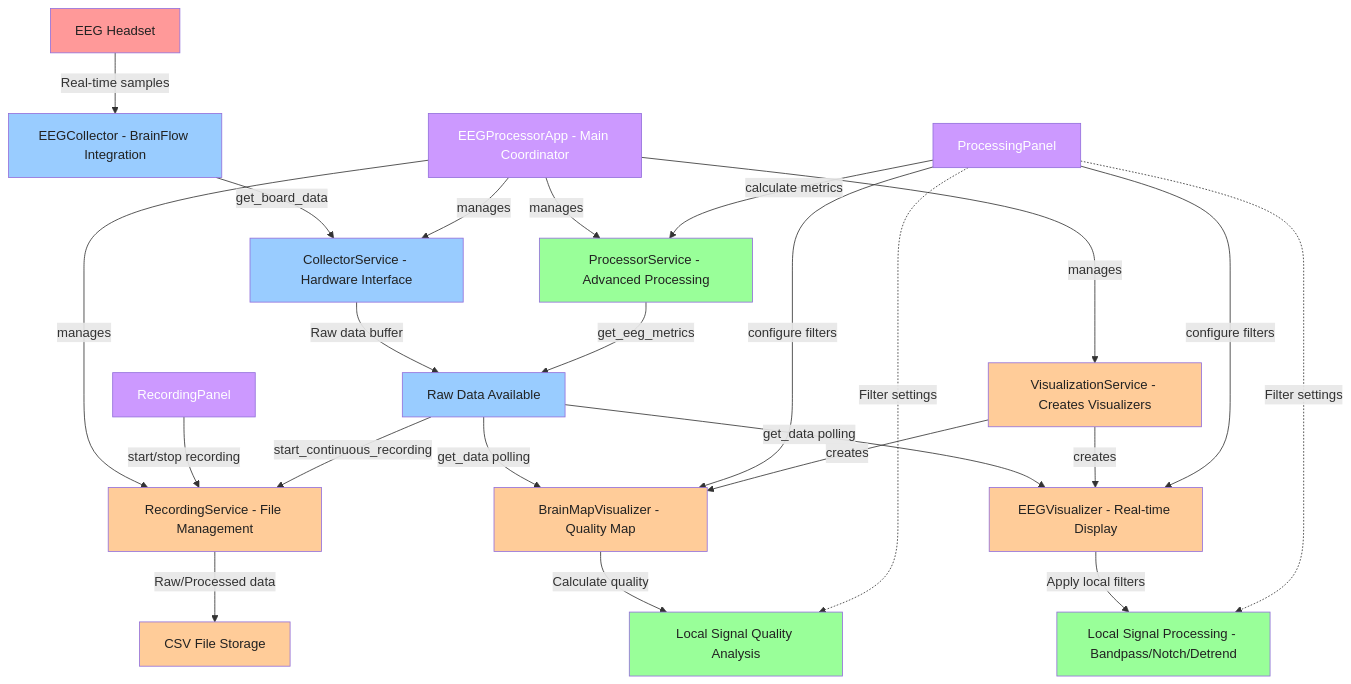
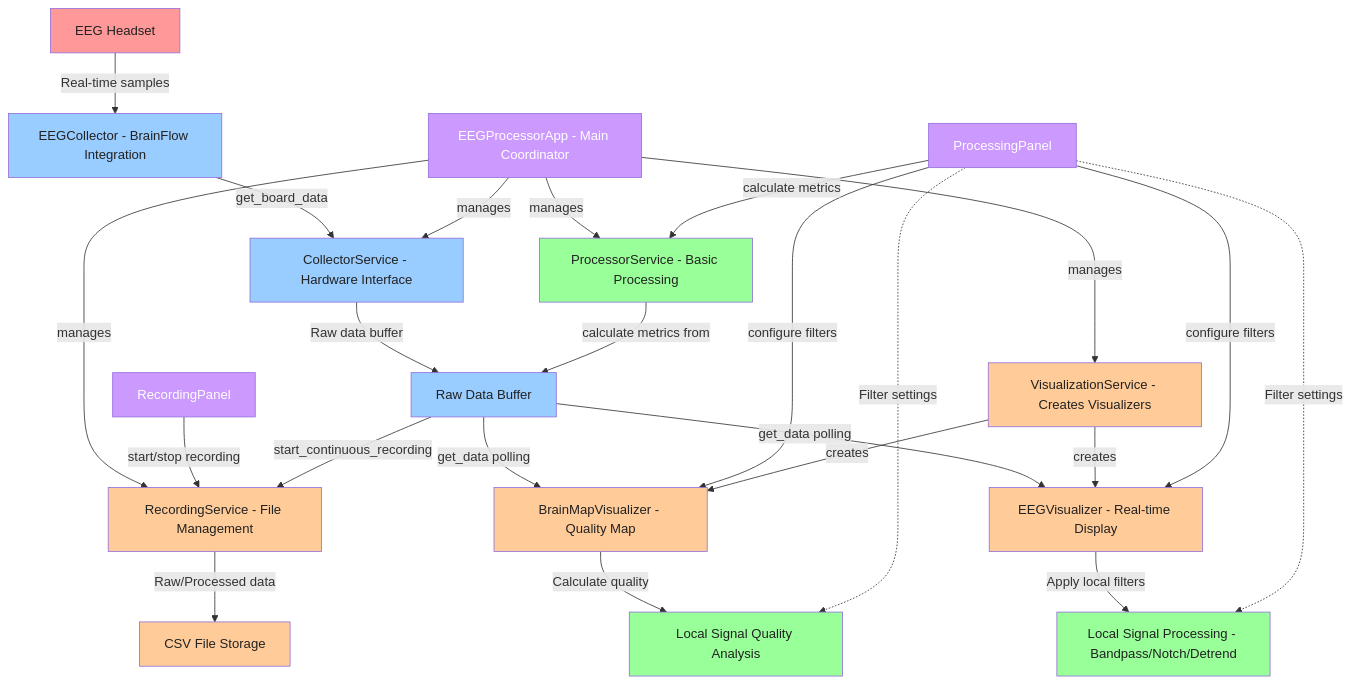
Before and after one commit to PabloSoage/NeuroSync-Framework: the diagram in Diagrams/EegProcessor/ep_samples_flowchart_it2.md, drawn with Mermaid.

````diff
--- a/Diagrams/EegProcessor/ep_samples_flowchart_it2.md
+++ b/Diagrams/EegProcessor/ep_samples_flowchart_it2.md
@@ -1,57 +1,57 @@
 ```mermaid
 flowchart TD
     %% Hardware Layer
     A[EEG Headset] -->|Real-time samples| B[EEGCollector - BrainFlow Integration]
     
     %% Service Layer
     B -->|get_board_data| C[CollectorService - Hardware Interface]
-    C -->|Raw data buffer| D[Raw Data Available]
+    C -->|Raw data buffer| D[Raw Data Buffer]
     
     %% Visualization Branch - Direct Access
     D -->|get_data polling| E[EEGVisualizer - Real-time Display]
     D -->|get_data polling| F[BrainMapVisualizer - Quality Map]
     
     %% Local Processing in Visualizers
     E -->|Apply local filters| G[Local Signal Processing - Bandpass/Notch/Detrend]
     F -->|Calculate quality| H[Local Signal Quality Analysis]
     
     %% Recording Branch - Direct Access
     I -->|Raw/Processed data| J[CSV File Storage]
     
-    %% Processing Service - Independent Operations
-    K[ProcessorService - Advanced Processing] -->|get_eeg_metrics| D
+    %% Processing Service - Metrics Calculation
+    K[ProcessorService - Basic Processing] -->|calculate metrics from| D
     
     %% UI Control Layer
     M[EEGProcessorApp - Main Coordinator] -->|manages| C
     M -->|manages| N[VisualizationService - Creates Visualizers]
     M -->|manages| I[RecordingService - File Management]
     M -->|manages| K
     
     %% UI Panel Controls
     N -->|creates| E
     
     O[ProcessingPanel] -->|configure filters| E
     O -->|configure filters| F
     N -->|creates| F
     O -->|calculate metrics| K
     P[RecordingPanel] -->|start/stop recording| I
 
     D -->|start_continuous_recording| I
     
     %% Filter Configuration Flow
     O -.->|Filter settings| G
     O -.->|Filter settings| H
     
     %% Styling
     classDef hardware fill:#ff9999,color:#222
     classDef services fill:#99ccff,color:#222
     classDef processing fill:#99ff99,color:#222
     classDef visualization fill:#ffcc99,color:#222
     classDef control fill:#cc99ff,color:#fff
     
     class A hardware
     class B,C,D services
-    class G,H,K,L processing
+    class G,H,K processing
     class E,F,I,J,N visualization
     class M,O,P control
 ```
````
